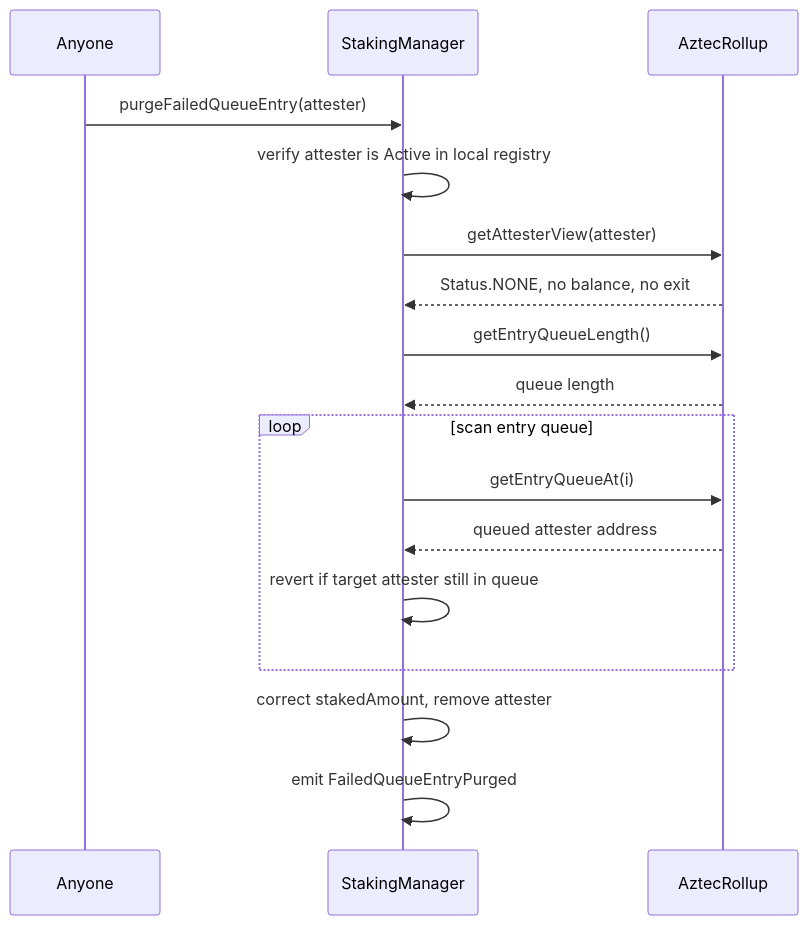
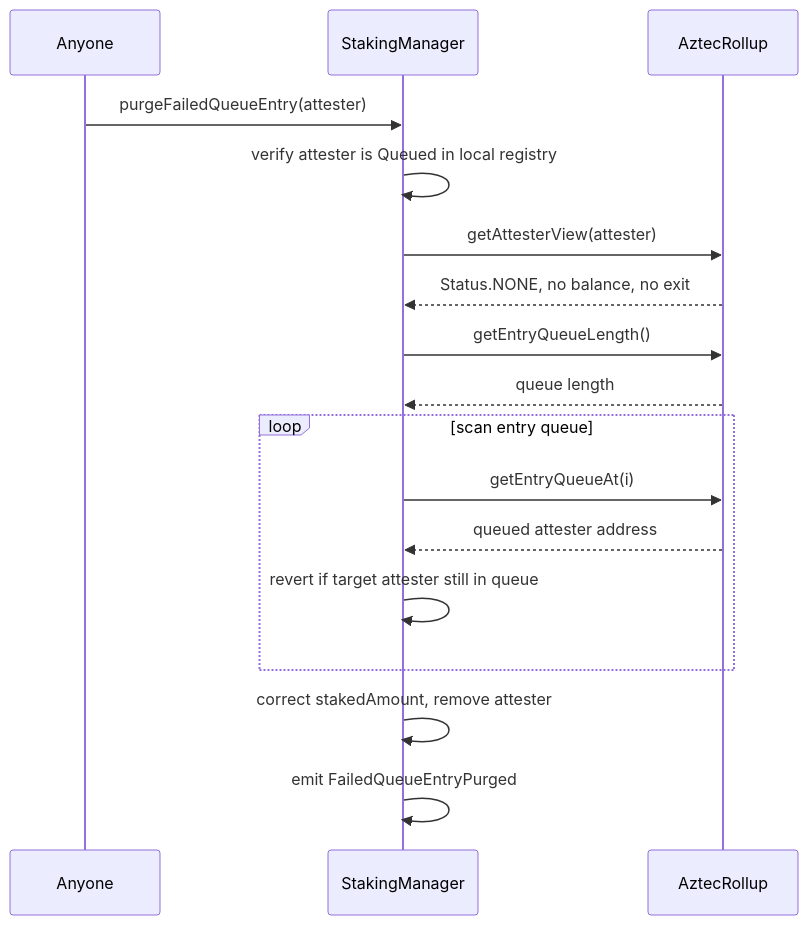
The second of 10 diagrams in docs/architecture/operator-actions.md (ollafinance/core), drawn with Mermaid before and after one commit. The commit also changed other lines of this file and 28 other files, not shown here.

First line of the commit message:
feat: add Queued attester status for rollup entry queue handling (#355)

````diff
--- a/docs/architecture/operator-actions.md
+++ b/docs/architecture/operator-actions.md
@@ -48,20 +54,20 @@
 ```mermaid
 sequenceDiagram
     participant A as Anyone
     participant SM as StakingManager
     participant AR as AztecRollup
 
     A->>SM: purgeFailedQueueEntry(attester)
-    SM->>SM: verify attester is Active in local registry
+    SM->>SM: verify attester is Queued in local registry
     SM->>AR: getAttesterView(attester)
     AR-->>SM: Status.NONE, no balance, no exit
     SM->>AR: getEntryQueueLength()
     AR-->>SM: queue length
     loop scan entry queue
         SM->>AR: getEntryQueueAt(i)
         AR-->>SM: queued attester address
         SM->>SM: revert if target attester still in queue
     end
     SM->>SM: correct stakedAmount, remove attester
     SM->>SM: emit FailedQueueEntryPurged
 ```
````
